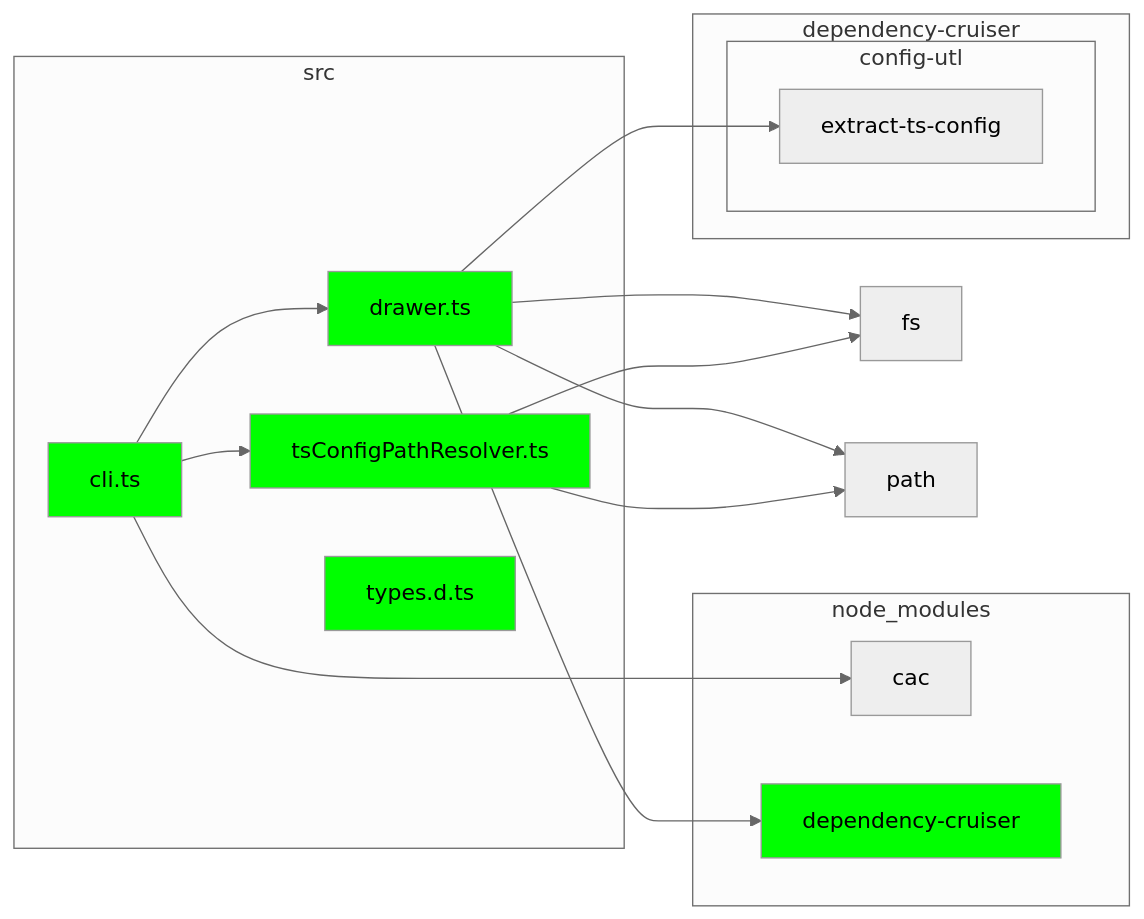
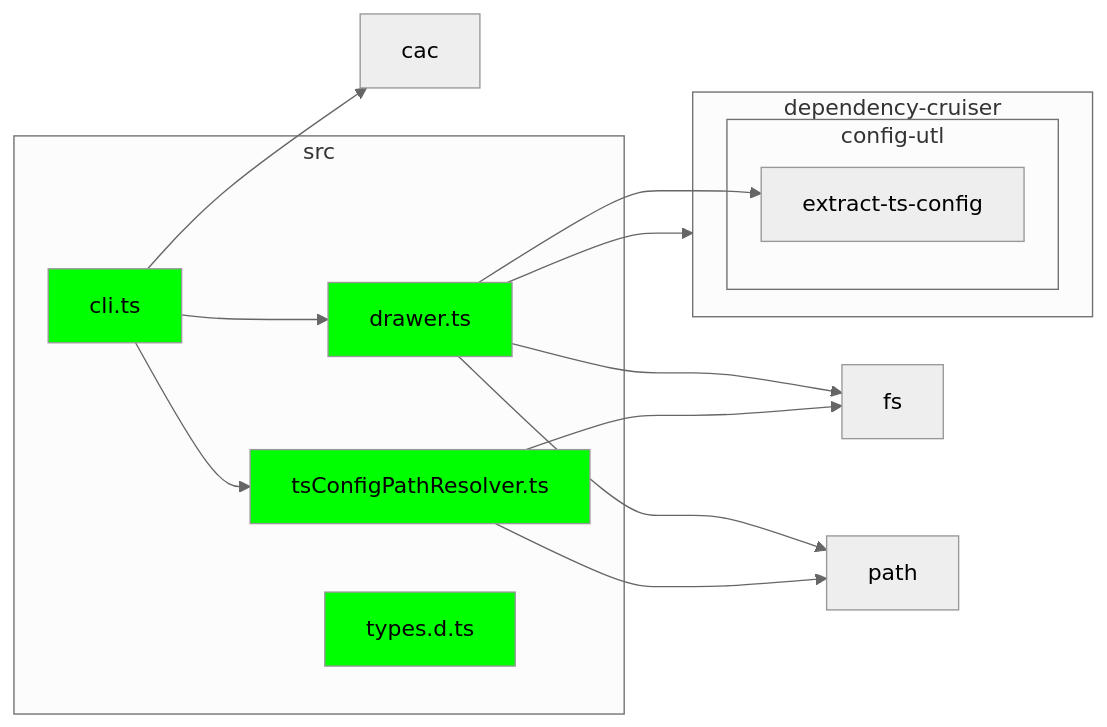
Before and after one commit to syakoo/dmdg: the diagram in src/README.md, drawn with Mermaid (neutral theme). The commit also changed other lines of this file and 1 other file, not shown here.

Commit message:
✨ feat: add baseDir to cruise config.

````diff
--- a/src/README.md
+++ b/src/README.md
@@ -4,36 +5,32 @@
 ```mermaid
 flowchart LR
 
-subgraph 0["dependency-cruiser"]
-subgraph 1["config-utl"]
-2["extract-ts-config"]
+0["cac"]
+subgraph 1["dependency-cruiser"]
+subgraph 2["config-utl"]
+3["extract-ts-config"]
 end
 end
-3["fs"]
-subgraph 4["node_modules"]
-5["cac"]
-6["dependency-cruiser"]
+4["fs"]
+5["path"]
+subgraph 6["src"]
+7["cli.ts"]
+8["drawer.ts"]
+9["tsConfigPathResolver.ts"]
+a["types.d.ts"]
 end
-7["path"]
-subgraph 8["src"]
-9["cli.ts"]
-a["drawer.ts"]
-b["tsConfigPathResolver.ts"]
-c["types.d.ts"]
-end
-9-->a
-9-->b
+7-->8
+7-->9
+7-->0
+8-->1
+8-->3
+8-->4
+8-->5
+9-->4
 9-->5
-a-->6
-a-->2
-a-->3
-a-->7
-b-->3
-b-->7
 
-style 6 fill:lime,color:black
+style 7 fill:lime,color:black
+style 8 fill:lime,color:black
 style 9 fill:lime,color:black
 style a fill:lime,color:black
-style b fill:lime,color:black
-style c fill:lime,color:black
 ```
````
